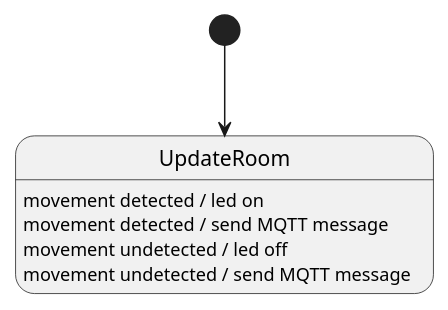
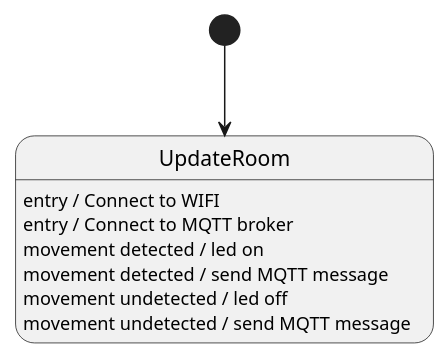
Before and after one commit to FedericoMuccioli/SmartRoom: the diagram in docs/images/sensor-board-state-scheme.plantuml, drawn with PlantUML. The commit also changed 1 other file, not shown here.

```diff
--- a/docs/images/sensor-board-state-scheme.plantuml
+++ b/docs/images/sensor-board-state-scheme.plantuml
@@ -1,9 +1,11 @@
 @startuml rooom-sensor-board
 
 [*] --> UpdateRoom
+UpdateRoom : entry / Connect to WIFI
+UpdateRoom : entry / Connect to MQTT broker
 UpdateRoom : movement detected / led on
 UpdateRoom : movement detected / send MQTT message
 UpdateRoom : movement undetected / led off
 UpdateRoom : movement undetected / send MQTT message
 
 @enduml
```
